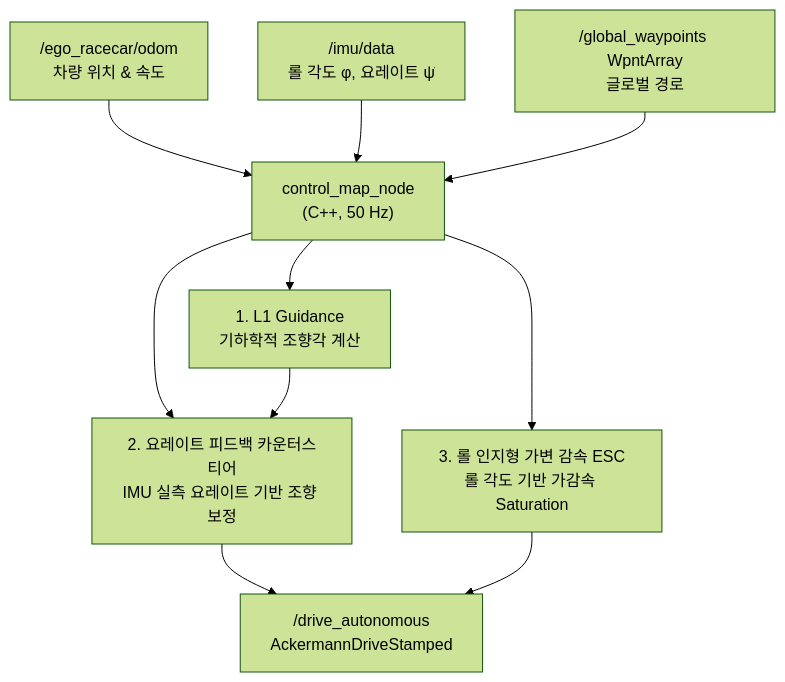
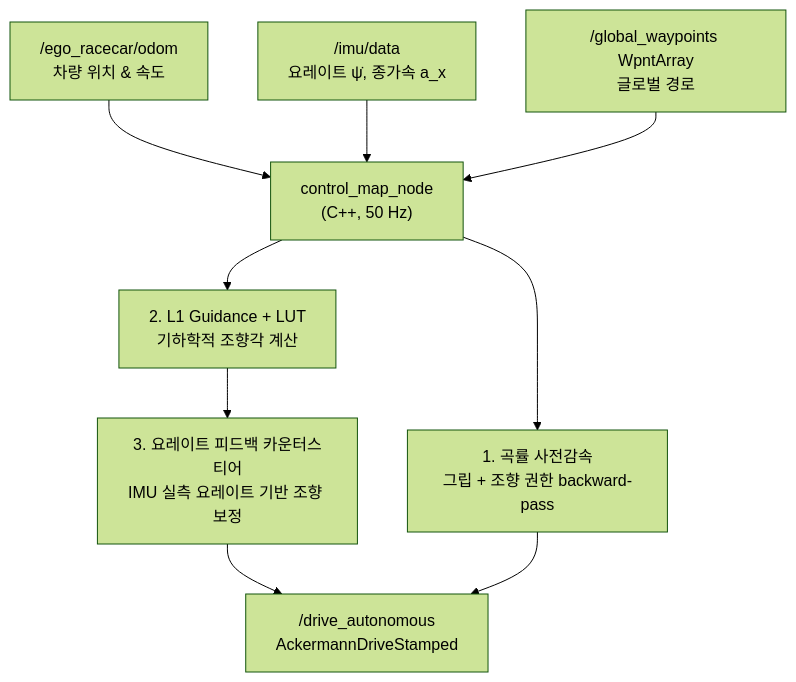
One commit to tenmeneat/F1-tenth_control changed the diagram in CLAUDE.md. Above: the diagram before and after it, drawn with Mermaid (forest theme). The commit also changed other lines of this file and 29 other files, not shown here.

````diff
--- a/CLAUDE.md
+++ b/CLAUDE.md
@@ -229,26 +236,25 @@
 ```mermaid
 graph TD
     SubOdom["/ego_racecar/odom<br>차량 위치 & 속도"]
-    SubIMU["/imu/data<br>롤 각도 φ, 요레이트 ψ̇"]
+    SubIMU["/imu/data<br>요레이트 ψ̇, 종가속 a_x"]
     Waypoints["/global_waypoints WpntArray<br>글로벌 경로"]
 
     Controller["control_map_node<br>(C++, 50 Hz)"]
 
-    SubL1["1. L1 Guidance<br>기하학적 조향각 계산"]
-    SubYawRate["2. 요레이트 피드백 카운터스티어<br>IMU 실측 요레이트 기반 조향 보정"]
-    SubESC["3. 롤 인지형 가변 감속 ESC<br>롤 각도 기반 가감속 Saturation"]
+    SubPrebrake["1. 곡률 사전감속<br>그립 + 조향 권한 backward-pass"]
+    SubL1["2. L1 Guidance + LUT<br>기하학적 조향각 계산"]
+    SubYawRate["3. 요레이트 피드백 카운터스티어<br>IMU 실측 요레이트 기반 조향 보정"]
 
     PubDrive["/drive_autonomous<br>AckermannDriveStamped"]
 
     SubOdom --> Controller
     SubIMU --> Controller
     Waypoints --> Controller
 
+    Controller --> SubPrebrake
     Controller --> SubL1
-    Controller --> SubYawRate
-    Controller --> SubESC
 
     SubL1 --> SubYawRate
     SubYawRate --> PubDrive
-    SubESC --> PubDrive
+    SubPrebrake --> PubDrive
 ```
````
